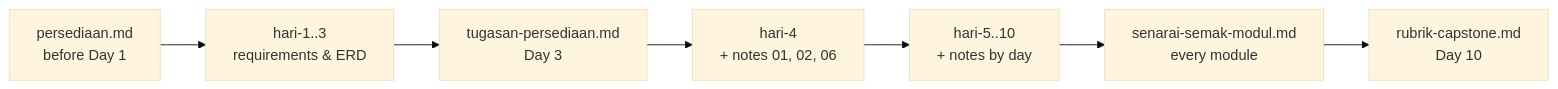
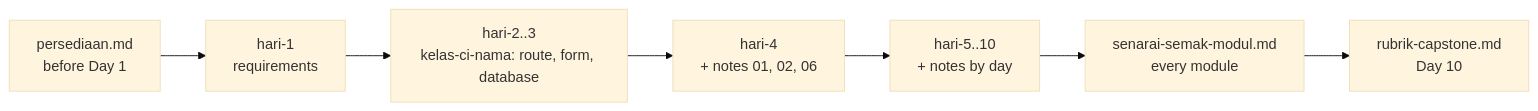
Before and after one commit to habibtalib/coach-codeigniter-10-hari-kkm-peserta: the diagram in docs/README.en.md, drawn with Mermaid (base theme). The commit also changed other lines of this file and 73 other files, not shown here.

Commit message:
Kemas kini: Hari 3 (database, migration, model, carian; kod rujukan) + Hari 4–10 kerja individu dalm kelas-ci-<nama>

````diff
--- a/docs/README.en.md
+++ b/docs/README.en.md
@@ -49,9 +51,9 @@
 ```mermaid
 flowchart LR
-    A[persediaan.md<br/>before Day 1] --> B[hari-1..3<br/>requirements & ERD]
-    B --> C[tugasan-persediaan.md<br/>Day 3]
+    A[persediaan.md<br/>before Day 1] --> B[hari-1<br/>requirements]
+    B --> C[hari-2..3<br/>kelas-ci-nama: route, form, database]
     C --> D[hari-4<br/>+ notes 01, 02, 06]
     D --> E[hari-5..10<br/>+ notes by day]
     E --> F[senarai-semak-modul.md<br/>every module]
     F --> G[rubrik-capstone.md<br/>Day 10]
 ```
````
